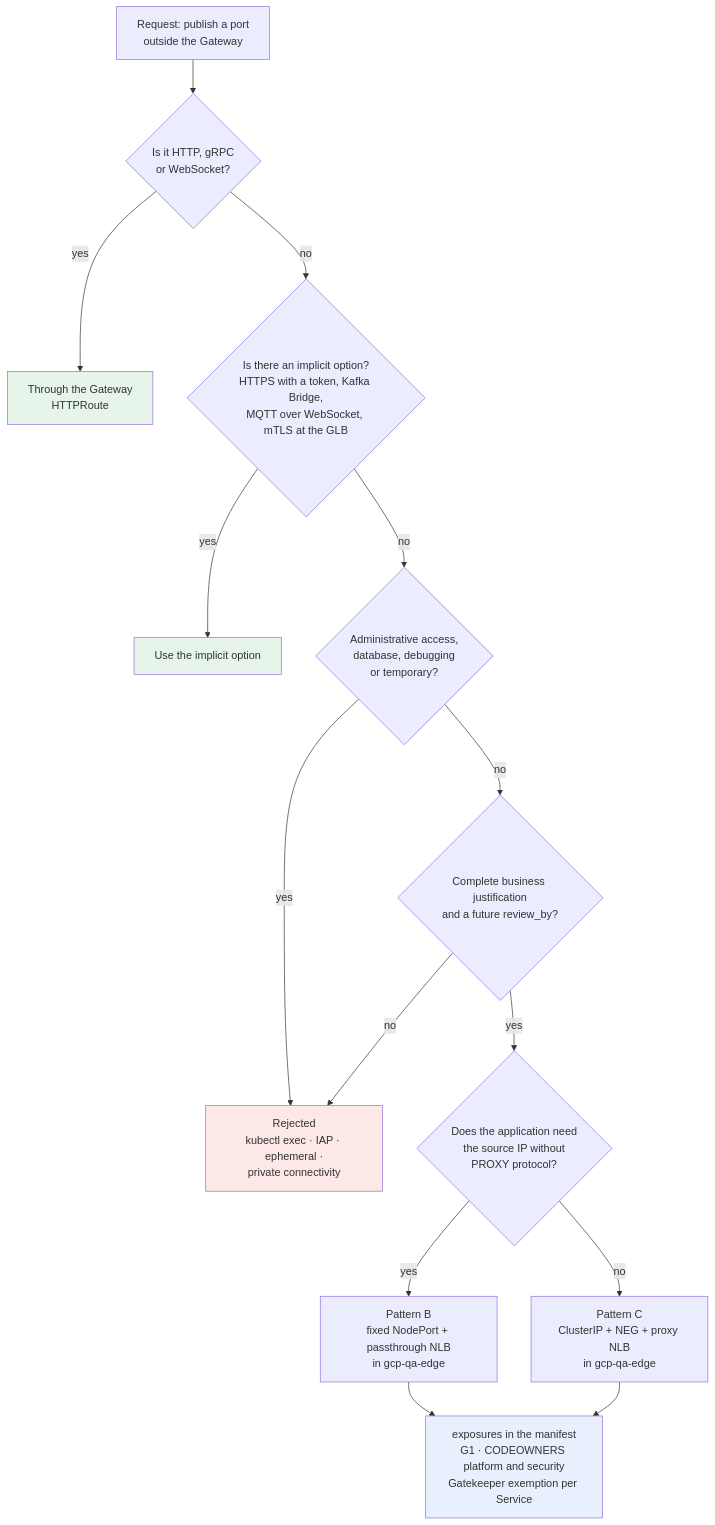
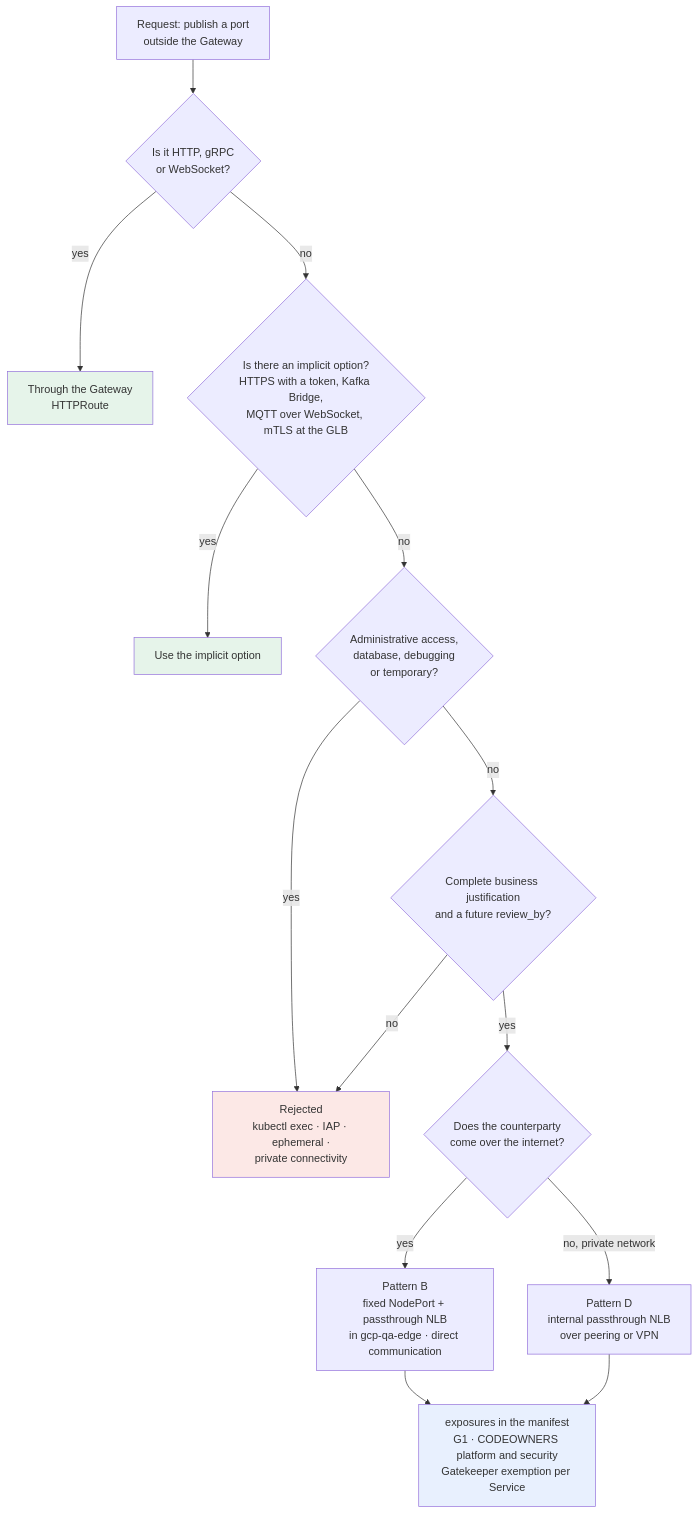
Before and after one commit to aescanero/proposal_documents: the diagram in docs/en/proposals/envoy-gateway-qa/diagrams/07-excepciones.mmd, drawn with Mermaid. The commit also changed 5 other files, not shown here.

First line of the commit message:
Settle pattern B for non-HTTP exceptions; widen the protocol list (en and es)

```diff
--- a/docs/en/proposals/envoy-gateway-qa/diagrams/07-excepciones.mmd
+++ b/docs/en/proposals/envoy-gateway-qa/diagrams/07-excepciones.mmd
@@ -1,32 +1,32 @@
 flowchart TB
     S["Request: publish a port<br/>outside the Gateway"]
     Q1{"Is it HTTP, gRPC<br/>or WebSocket?"}
     Q2{"Is there an implicit option?<br/>HTTPS with a token, Kafka Bridge,<br/>MQTT over WebSocket, mTLS at the GLB"}
     Q3{"Administrative access,<br/>database, debugging<br/>or temporary?"}
     Q4{"Complete business justification<br/>and a future review_by?"}
-    Q5{"Does the application need<br/>the source IP without<br/>PROXY protocol?"}
+    Q5{"Does the counterparty<br/>come over the internet?"}
     GW["Through the Gateway<br/>HTTPRoute"]
     ALT["Use the implicit option"]
     NO["Rejected<br/>kubectl exec · IAP · ephemeral ·<br/>private connectivity"]
-    B["Pattern B<br/>fixed NodePort + passthrough NLB<br/>in gcp-qa-edge"]
-    C["Pattern C<br/>ClusterIP + NEG + proxy NLB<br/>in gcp-qa-edge"]
+    B["Pattern B<br/>fixed NodePort + passthrough NLB<br/>in gcp-qa-edge · direct communication"]
+    C["Pattern D<br/>internal passthrough NLB<br/>over peering or VPN"]
     CTL["exposures in the manifest<br/>G1 · CODEOWNERS platform and security<br/>Gatekeeper exemption per Service"]
 
     S --> Q1
     Q1 -->|yes| GW
     Q1 -->|no| Q2
     Q2 -->|yes| ALT
     Q2 -->|no| Q3
     Q3 -->|yes| NO
     Q3 -->|no| Q4
     Q4 -->|no| NO
     Q4 -->|yes| Q5
     Q5 -->|yes| B
-    Q5 -->|no| C
+    Q5 -->|no, private network| C
     B --> CTL
     C --> CTL
 
     style NO fill:#fce8e6
     style GW fill:#e6f4ea
     style ALT fill:#e6f4ea
     style CTL fill:#e8f0fe
```
